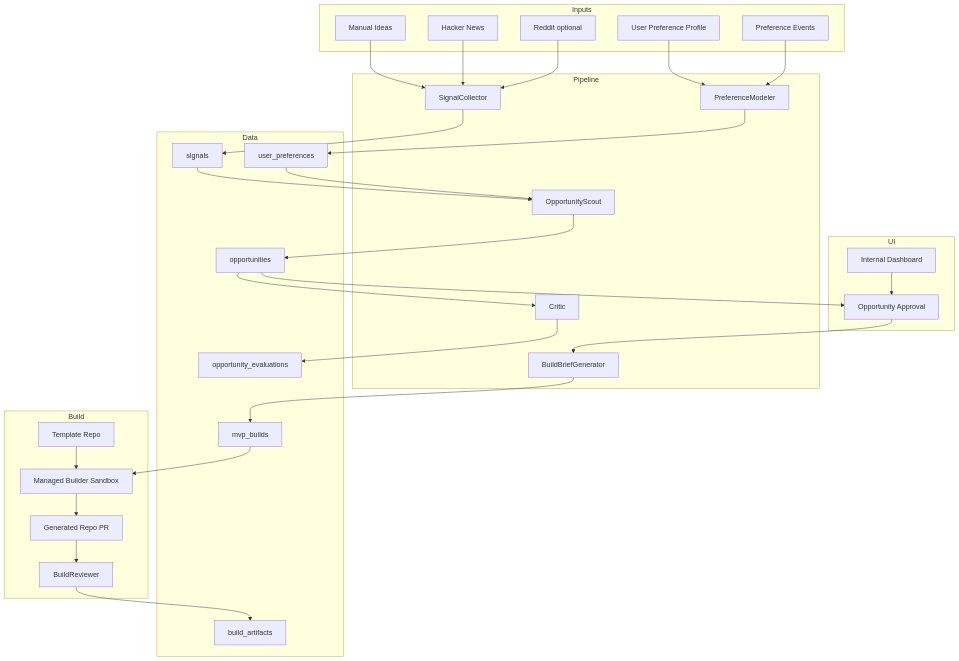
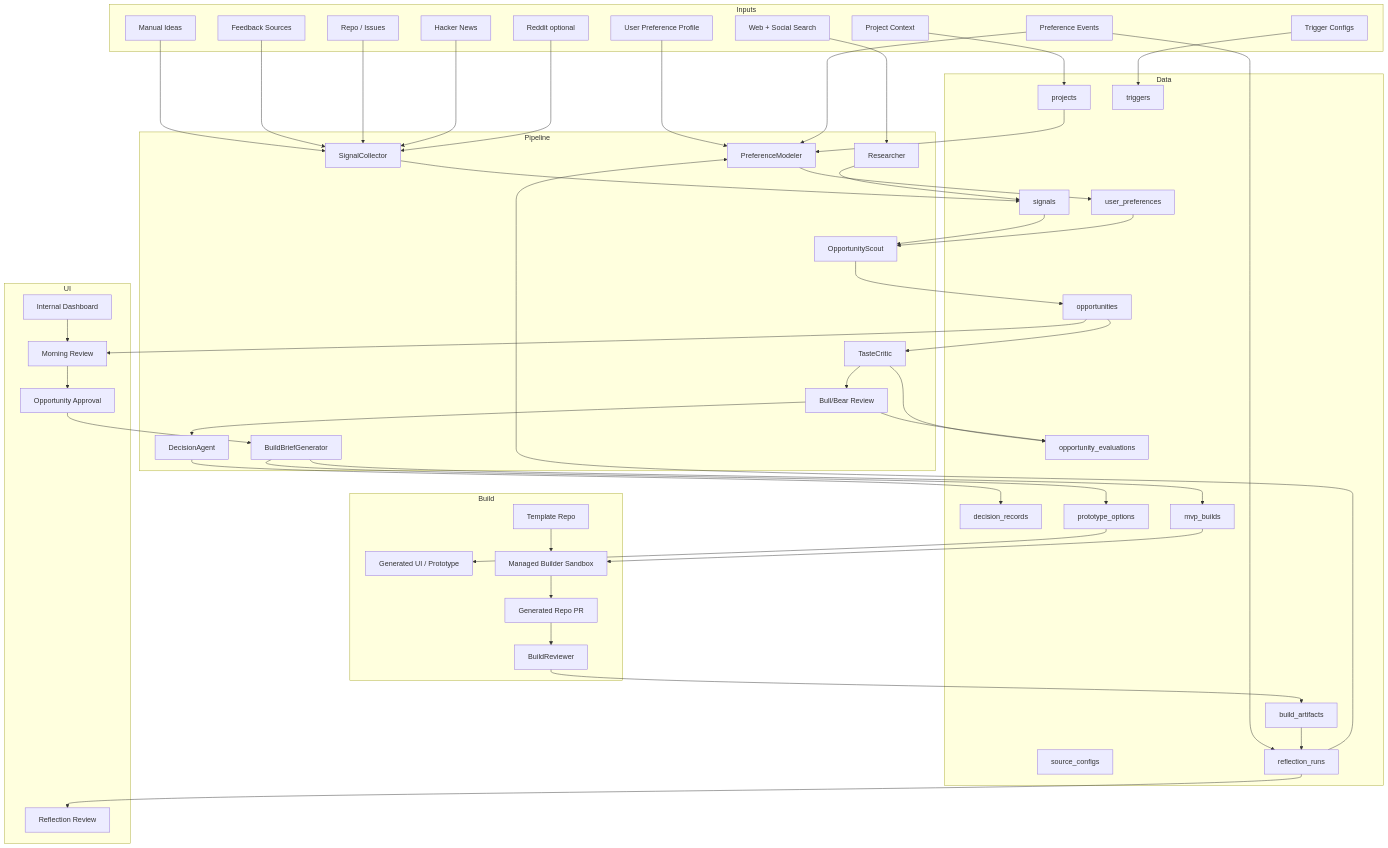
Before and after one commit to nadavital/Forge: the diagram in docs/ARCHITECTURE.md, drawn with Mermaid. The commit also changed other lines of this file and 8 other files, not shown here.

````diff
--- a/docs/ARCHITECTURE.md
+++ b/docs/ARCHITECTURE.md
@@ -14,31 +15,46 @@
 ```mermaid
 flowchart TB
     subgraph Inputs
+        Project["Project Context"]
         Manual["Manual Ideas"]
+        Feedback["Feedback Sources"]
+        Repo["Repo / Issues"]
+        Web["Web + Social Search"]
         HN["Hacker News"]
         RD["Reddit optional"]
+        Triggers["Trigger Configs"]
         Profile["User Preference Profile"]
         Events["Preference Events"]
     end
 
     subgraph Pipeline
         Collect["SignalCollector"]
+        Research["Researcher"]
         Model["PreferenceModeler"]
         Scout["OpportunityScout"]
-        Critic["Critic"]
+        Taste["TasteCritic"]
+        Debate["Bull/Bear Review"]
+        Decision["DecisionAgent"]
         Brief["BuildBriefGenerator"]
     end
 
     subgraph Data
+        Projects["projects"]
+        Sources["source_configs"]
+        TriggerRows["triggers"]
         Prefs["user_preferences"]
         Signals["signals"]
         Opps["opportunities"]
         Evals["opportunity_evaluations"]
+        Decisions["decision_records"]
+        Prototypes["prototype_options"]
         Builds["mvp_builds"]
         Artifacts["build_artifacts"]
+        Reflections["reflection_runs"]
     end
 
     subgraph Build
+        InlineProto["Generated UI / Prototype"]
         Template["Template Repo"]
         Sandbox["Managed Builder Sandbox"]
         PR["Generated Repo PR"]
@@ -47,28 +63,48 @@
 
     subgraph UI
         Dashboard["Internal Dashboard"]
+        Morning["Morning Review"]
         Approval["Opportunity Approval"]
+        ReflectionUI["Reflection Review"]
     end
 
+    Project --> Projects
     Manual --> Collect
+    Feedback --> Collect
+    Repo --> Collect
+    Web --> Research
     HN --> Collect
     RD --> Collect
+    Triggers --> TriggerRows
     Profile --> Model
     Events --> Model
+    Projects --> Model
     Collect --> Signals
+    Research --> Signals
     Model --> Prefs
     Signals --> Scout
     Prefs --> Scout
     Scout --> Opps
-    Opps --> Critic
-    Critic --> Evals
-    Dashboard --> Approval
-    Opps --> Approval
+    Opps --> Taste
+    Taste --> Debate
+    Debate --> Decision
+    Taste --> Evals
+    Debate --> Evals
+    Decision --> Decisions
+    Dashboard --> Morning
+    Morning --> Approval
+    Opps --> Morning
     Approval --> Brief
+    Brief --> Prototypes
     Brief --> Builds
+    Prototypes --> InlineProto
     Template --> Sandbox
     Builds --> Sandbox
     Sandbox --> PR
     PR --> Review
     Review --> Artifacts
+    Events --> Reflections
+    Artifacts --> Reflections
+    Reflections --> ReflectionUI
+    Reflections --> Model
 ```
````
